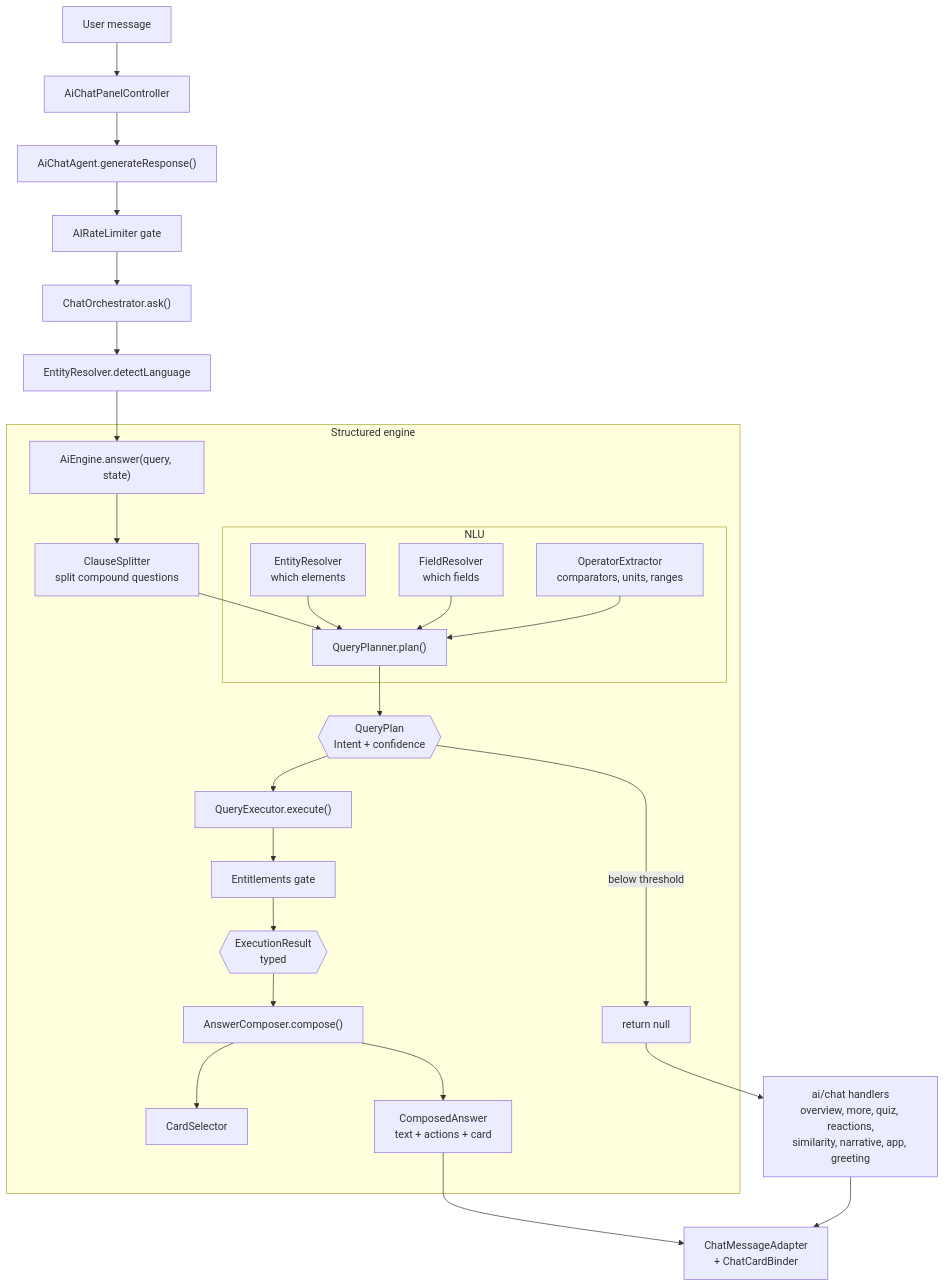
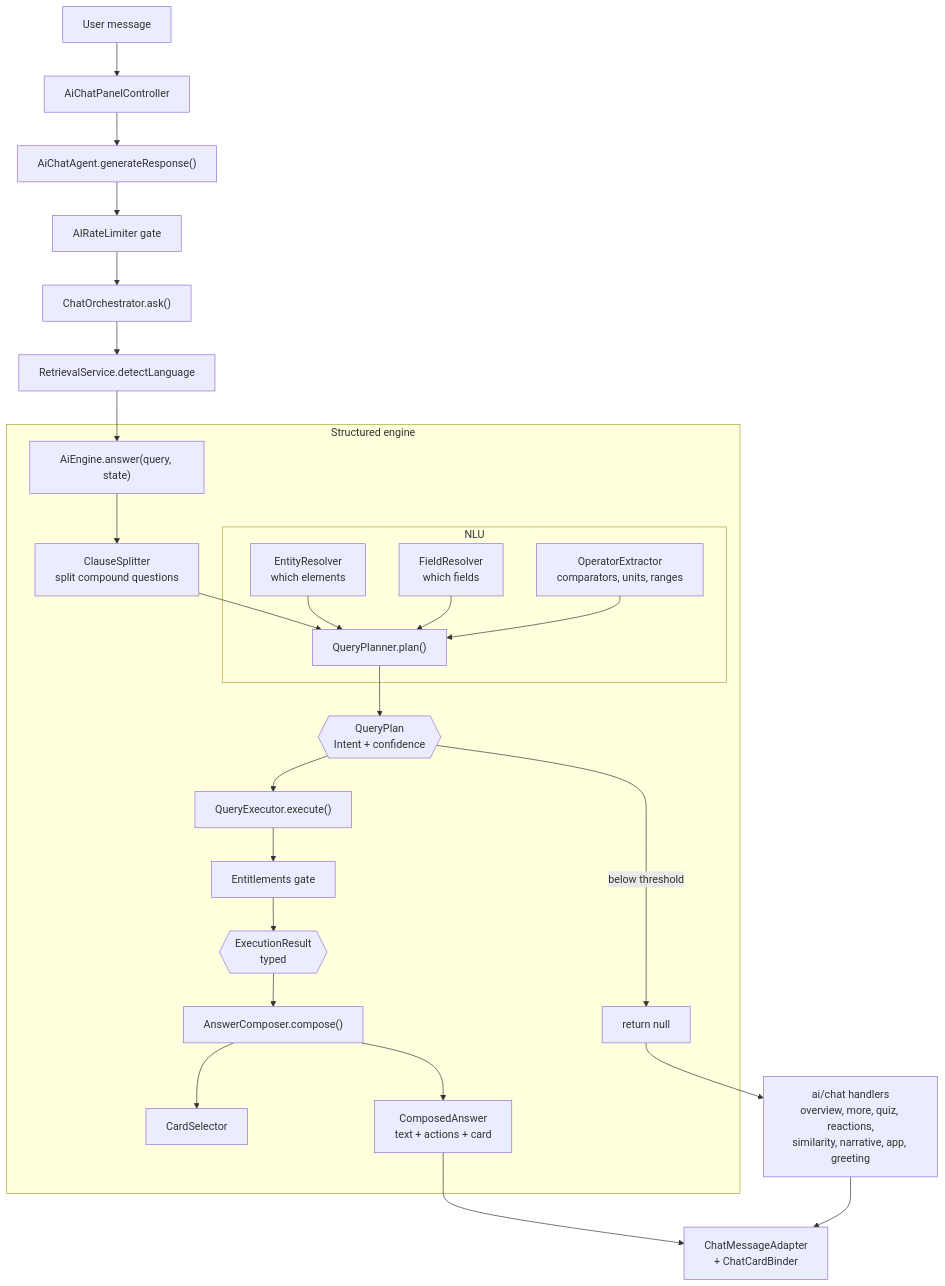
The diagram in docs/ai/index.md (JLindemann42/Atomic-Periodic-Table.Android), drawn with Mermaid before and after one commit. The commit also changed other lines of this file and 15 other files, not shown here.

First line of the commit message:
One language detector (roadmap 1.4)

````diff
--- a/docs/ai/index.md
+++ b/docs/ai/index.md
@@ -34,35 +34,35 @@
 ```mermaid
 flowchart TD
     U[User message] --> ACP[AiChatPanelController]
     ACP --> AM["AiChatAgent.generateResponse()"]
 
     AM --> RL[AIRateLimiter gate]
     RL --> CO["ChatOrchestrator.ask()"]
-    CO --> LD[EntityResolver.detectLanguage]
+    CO --> LD[RetrievalService.detectLanguage]
     LD --> ENG["AiEngine.answer(query, state)"]
 
     subgraph Engine["Structured engine"]
         ENG --> CS[ClauseSplitter<br/>split compound questions]
         CS --> QP["QueryPlanner.plan()"]
 
         subgraph NLU["NLU"]
             ER[EntityResolver<br/>which elements] --> QP
             FR[FieldResolver<br/>which fields] --> QP
             OE[OperatorExtractor<br/>comparators, units, ranges] --> QP
         end
 
         QP --> PLAN{{QueryPlan<br/>Intent + confidence}}
         PLAN -->|below threshold| DECLINE[return null]
         PLAN --> QE["QueryExecutor.execute()"]
         QE --> ENT[Entitlements gate]
         ENT --> RES{{ExecutionResult<br/>typed}}
         RES --> AC["AnswerComposer.compose()"]
         AC --> CARD[CardSelector]
         AC --> OUT[ComposedAnswer<br/>text + actions + card]
     end
 
     DECLINE --> HND[ai/chat handlers<br/>overview, more, quiz, reactions,<br/>similarity, narrative, app, greeting]
 
     OUT --> UI[ChatMessageAdapter<br/>+ ChatCardBinder]
     HND --> UI
 ```
````
